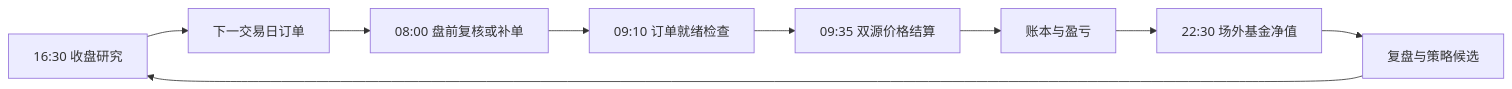
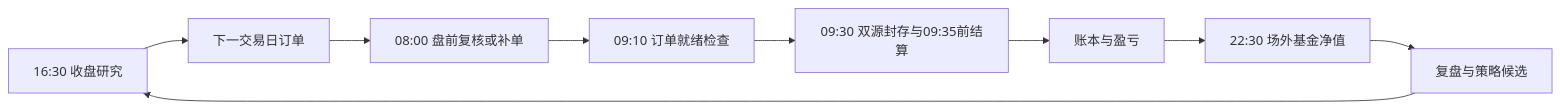
Before and after one commit to ARC0127/Vibe-Finance: the diagram in README.md, drawn with Mermaid. The commit also changed other lines of this file and 12 other files, not shown here.

````diff
--- a/README.md
+++ b/README.md
@@ -144,11 +144,11 @@
 ```mermaid
 flowchart LR
     A[16:30 收盘研究] --> B[下一交易日订单]
     B --> C[08:00 盘前复核或补单]
     C --> D[09:10 订单就绪检查]
-    D --> E[09:35 双源价格结算]
+    D --> E[09:30 双源封存与09:35前结算]
     E --> F[账本与盈亏]
     F --> G[22:30 场外基金净值]
     G --> H[复盘与策略候选]
     H --> A
 ```
````
